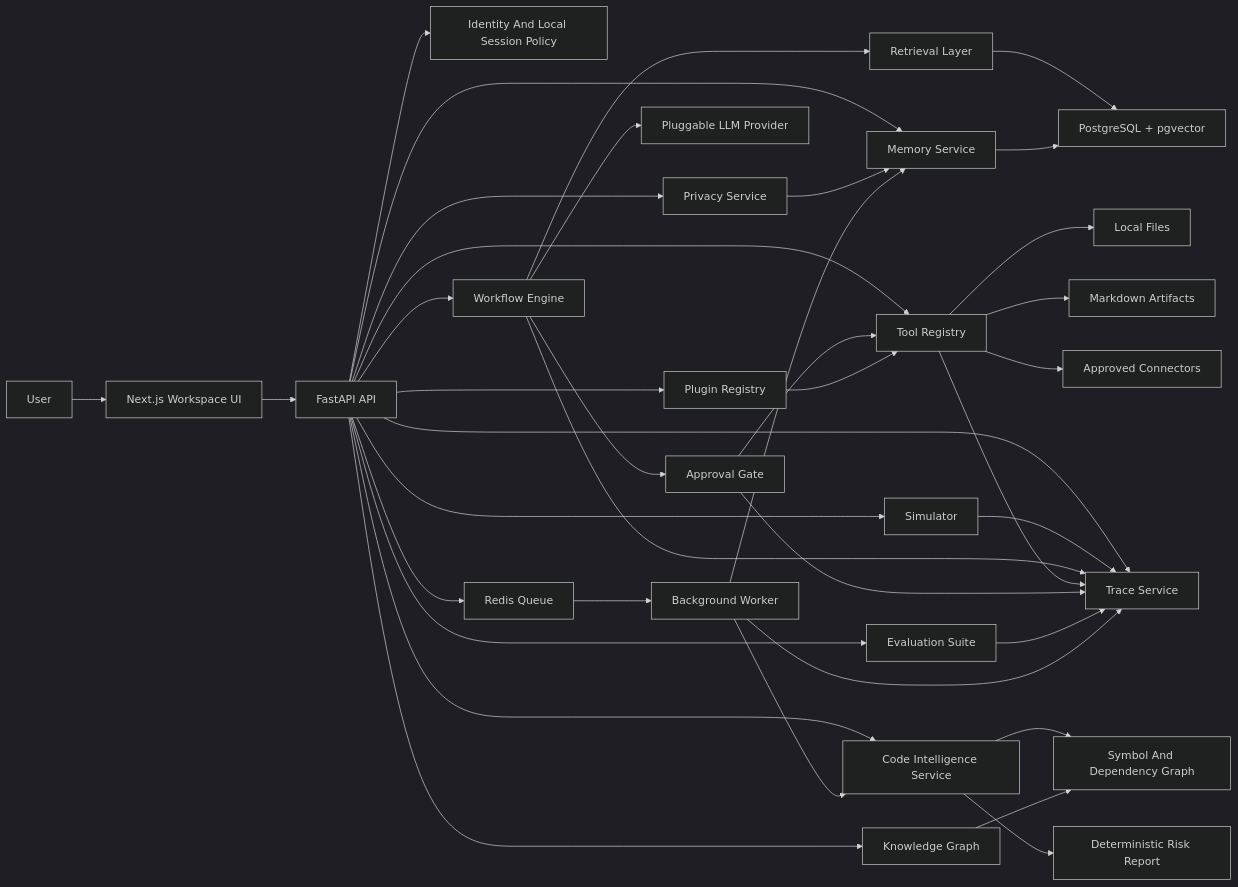
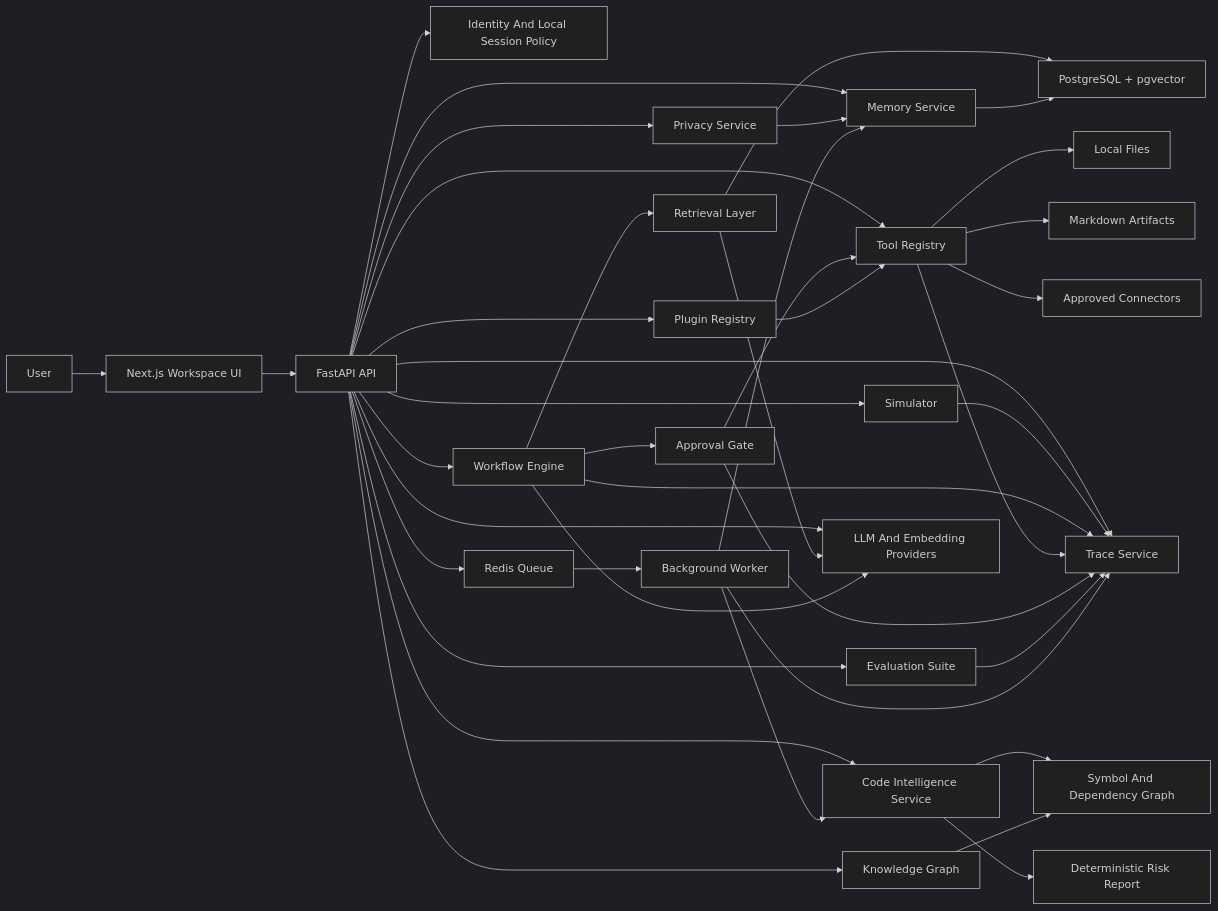
The first of 2 diagrams in docs/architecture.md (h-rsh-19/atlas-ai-os), drawn with Mermaid (dark theme) before and after one commit. The commit also changed other lines of this file and 29 other files, not shown here.

Commit message:
feat: add provider-backed demo flow and split store services

````diff
--- a/docs/architecture.md
+++ b/docs/architecture.md
@@ -7,40 +13,42 @@
 ```mermaid
 flowchart LR
   User["User"] --> Web["Next.js Workspace UI"]
   Web --> API["FastAPI API"]
   API --> Auth["Identity And Local Session Policy"]
   API --> Memory["Memory Service"]
   API --> Workflow["Workflow Engine"]
   API --> CodeIntel["Code Intelligence Service"]
   API --> Knowledge["Knowledge Graph"]
   API --> Privacy["Privacy Service"]
   API --> Simulator["Simulator"]
   API --> Plugins["Plugin Registry"]
   API --> Tools["Tool Registry"]
   API --> Traces["Trace Service"]
   API --> Evals["Evaluation Suite"]
   Workflow --> Retrieval["Retrieval Layer"]
+  API --> Providers["LLM And Embedding Providers"]
   Retrieval --> VectorDB["PostgreSQL + pgvector"]
   Memory --> VectorDB
-  Workflow --> LLM["Pluggable LLM Provider"]
+  Retrieval --> Providers
+  Workflow --> Providers
   Workflow --> Approvals["Approval Gate"]
   Approvals --> Tools
   Tools --> LocalFiles["Local Files"]
   Tools --> Artifacts["Markdown Artifacts"]
   Tools --> External["Approved Connectors"]
   CodeIntel --> Graph["Symbol And Dependency Graph"]
   CodeIntel --> Risks["Deterministic Risk Report"]
   Knowledge --> Graph
   Privacy --> Memory
   Simulator --> Traces
   Plugins --> Tools
   Workflow --> Traces
   Tools --> Traces
   Approvals --> Traces
   Evals --> Traces
   API --> Redis["Redis Queue"]
   Redis --> Worker["Background Worker"]
   Worker --> Memory
   Worker --> CodeIntel
   Worker --> Traces
 ```
````
